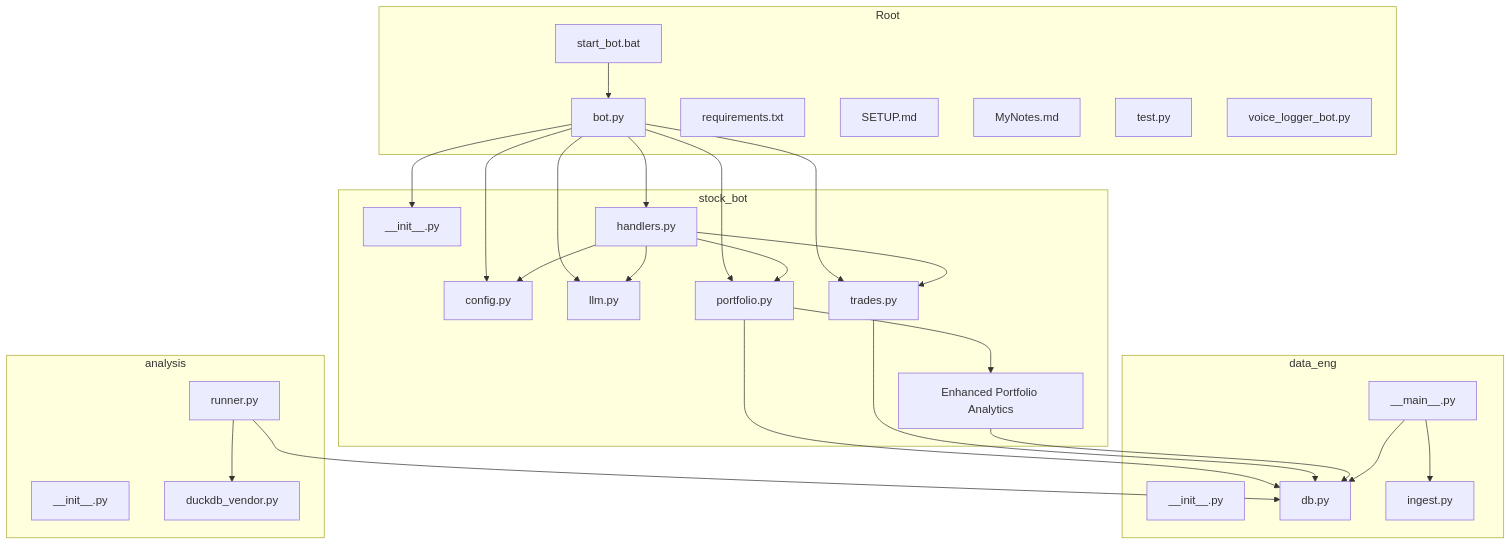
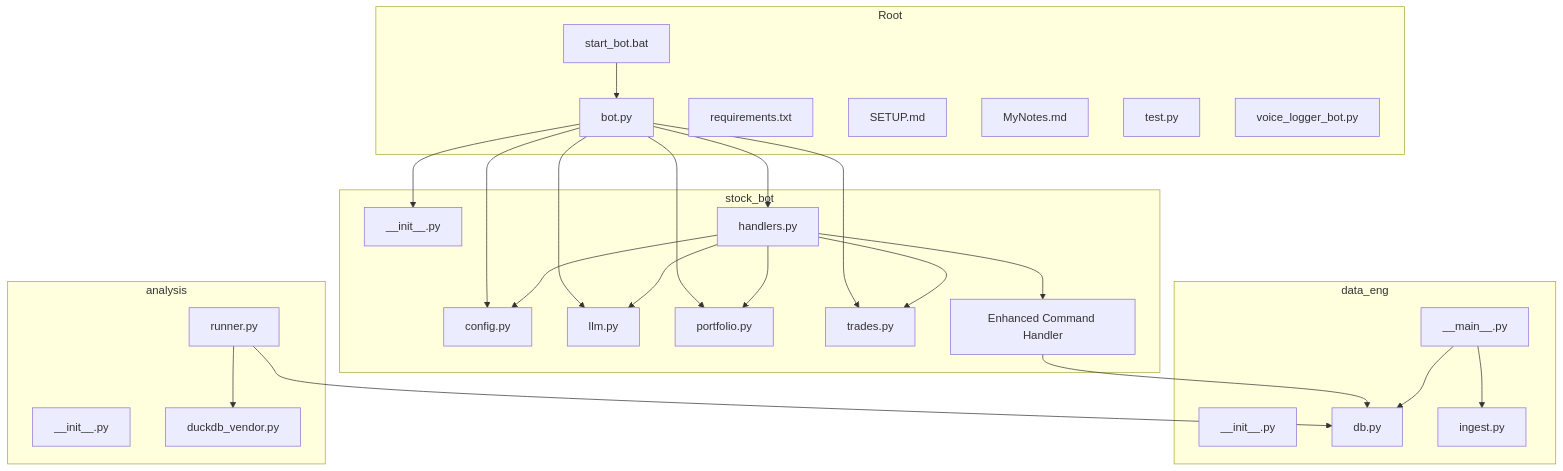
Before and after one commit to ZengSeng/telegram-bot: the first of 9 diagrams in .qoder/repowiki/en/content/Core Components/Stock Trading Bot.md, drawn with Mermaid. The commit also changed other lines of this file and 7 other files, not shown here.

````diff
--- a/.qoder/repowiki/en/content/Core Components/Stock Trading Bot.md
+++ b/.qoder/repowiki/en/content/Core Components/Stock Trading Bot.md
@@ -72,51 +73,49 @@
 ```mermaid
 graph TB
 subgraph "Root"
 BOT["bot.py"]
 REQ["requirements.txt"]
 SETUP["SETUP.md"]
 NOTES["MyNotes.md"]
 TEST["test.py"]
 VOICE["voice_logger_bot.py"]
 STARTBAT["start_bot.bat"]
 end
 subgraph "stock_bot"
 SB_INIT["__init__.py"]
 CFG["config.py"]
 HND["handlers.py"]
 LLM["llm.py"]
 PORTFOLIO["portfolio.py"]
 TRADES["trades.py"]
-PORTFOLIO_ENHANCED["Enhanced Portfolio Analytics"]
+CMD_HANDLER["Enhanced Command Handler"]
 end
 subgraph "data_eng"
 DE_INIT["__init__.py"]
 DE_MAIN["__main__.py"]
 DB["db.py"]
 INGEST["ingest.py"]
 end
 subgraph "analysis"
 AN_INIT["__init__.py"]
 DUCK["duckdb_vendor.py"]
 RUN["runner.py"]
 end
 BOT --> SB_INIT
 BOT --> HND
 BOT --> CFG
 BOT --> LLM
 BOT --> PORTFOLIO
 BOT --> TRADES
+HND --> CMD_HANDLER
 HND --> PORTFOLIO
 HND --> TRADES
 HND --> LLM
 HND --> CFG
-PORTFOLIO --> PORTFOLIO_ENHANCED
-PORTFOLIO --> DB
-TRADES --> DB
-PORTFOLIO_ENHANCED --> DB
+CMD_HANDLER --> DB
 DE_MAIN --> INGEST
 DE_MAIN --> DB
 RUN --> DUCK
 RUN --> DB
 STARTBAT --> BOT
 ```
````
